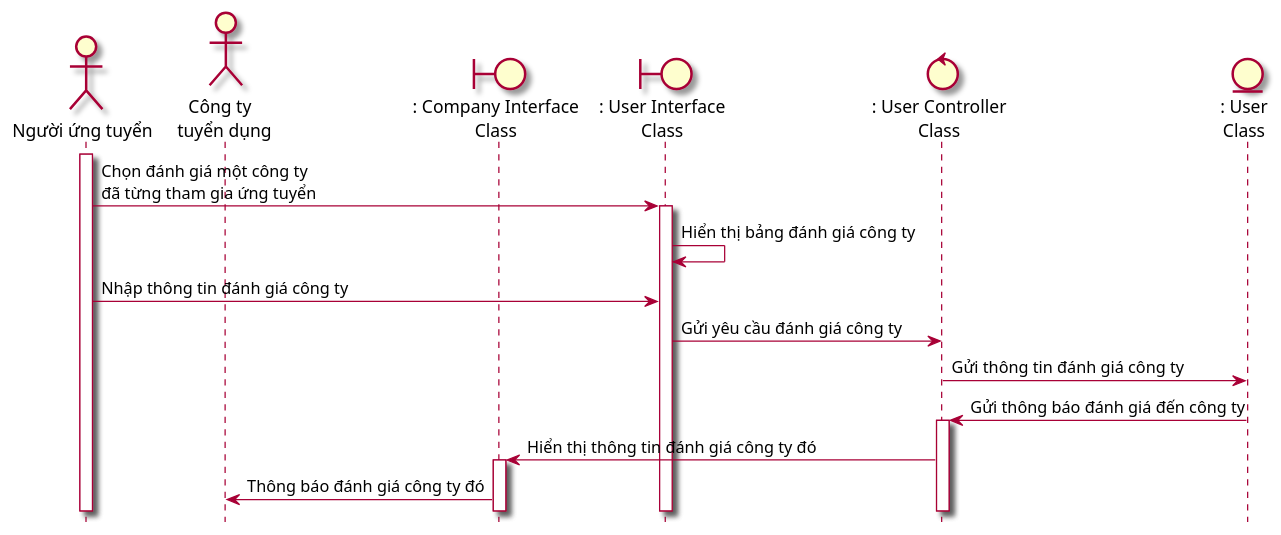
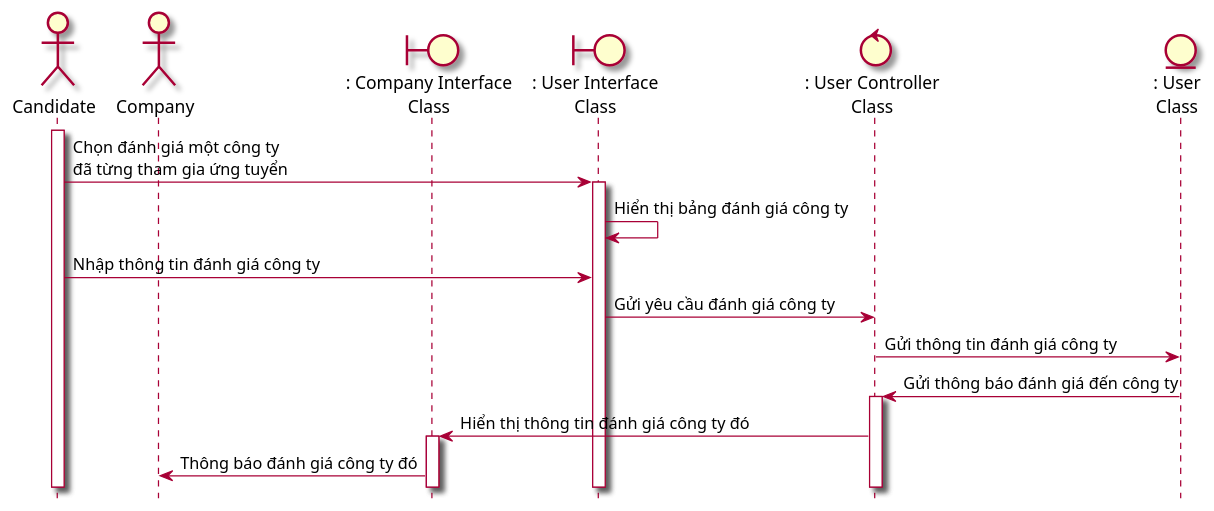
One commit to Griselda4774/EAS-EmploymentAssistanceSystem changed the diagram in Lab1/Lab 1.2 Diagram/Sequence/FilePUML/5.2 SeqDanhGiaCongTyTuyenDung.puml. Above: the diagram before and after it, drawn with PlantUML. The commit also changed 20 other files, not shown here.

```diff
--- a/Lab1/Lab 1.2 Diagram/Sequence/FilePUML/5.2 SeqDanhGiaCongTyTuyenDung.puml
+++ b/Lab1/Lab 1.2 Diagram/Sequence/FilePUML/5.2 SeqDanhGiaCongTyTuyenDung.puml
@@ -1,19 +1,20 @@
 @startuml SeqDanhGiaCongTyTuyenDung
 skin rose 
 hide footbox
-actor nguoiUngTuyen as "Người ứng tuyển"
-actor congTy as "Công ty \n tuyển dụng"
-nguoiUngTuyen++
+actor candidate as "Candidate"
+actor company as "Company"
+candidate++
 boundary companyInterface as ": Company Interface\nClass"
 boundary candidateInterface as ": User Interface\nClass"
 control userController as ": User Controller\nClass"
 entity User as ": User\nClass"
-nguoiUngTuyen->candidateInterface++: Chọn đánh giá một công ty \nđã từng tham gia ứng tuyển
+
+candidate->candidateInterface++: Chọn đánh giá một công ty \nđã từng tham gia ứng tuyển
 candidateInterface->candidateInterface: Hiển thị bảng đánh giá công ty
-nguoiUngTuyen-> candidateInterface: Nhập thông tin đánh giá công ty
+candidate-> candidateInterface: Nhập thông tin đánh giá công ty
 candidateInterface-> userController: Gửi yêu cầu đánh giá công ty
 userController-> User: Gửi thông tin đánh giá công ty
 User ->  userController++: Gửi thông báo đánh giá đến công ty
 userController-> companyInterface++: Hiển thị thông tin đánh giá công ty đó
-companyInterface -> congTy: Thông báo đánh giá công ty đó
+companyInterface -> company: Thông báo đánh giá công ty đó
 @enduml
```
